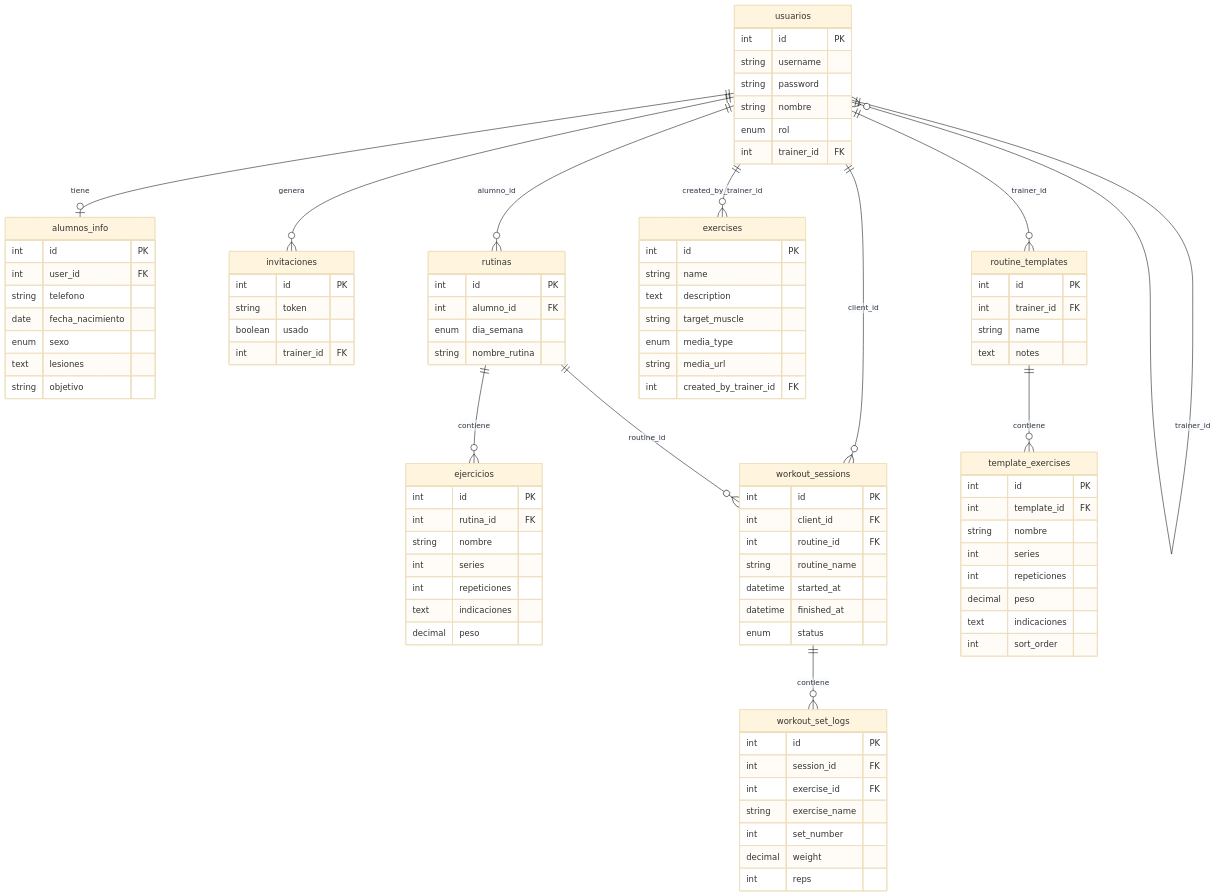
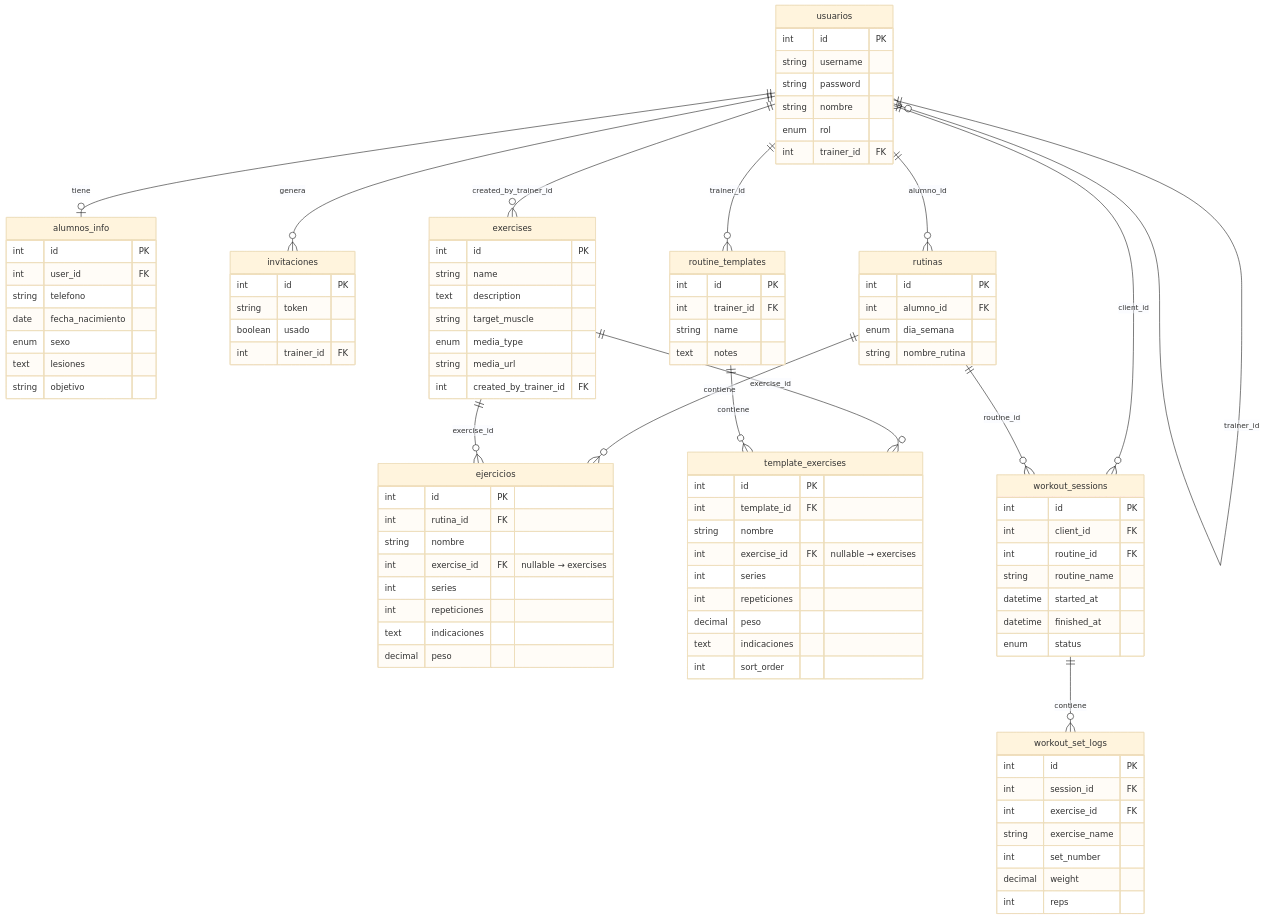
Before and after one commit to Jhon-Fuenwhv2024/appEntrenador: the diagram in appEntrenador/docs/database-schema.md, drawn with Mermaid (base theme). The commit also changed other lines of this file and 17 other files, not shown here.

```diff
--- a/appEntrenador/docs/database-schema.md
+++ b/appEntrenador/docs/database-schema.md
@@ -11,6 +11,8 @@
   usuarios ||--o{ invitaciones : "genera"
   usuarios ||--o{ rutinas : "alumno_id"
   rutinas ||--o{ ejercicios : "contiene"
+  exercises ||--o{ ejercicios : "exercise_id"
+  exercises ||--o{ template_exercises : "exercise_id"
   usuarios ||--o{ exercises : "created_by_trainer_id"
   usuarios ||--o{ workout_sessions : "client_id"
   rutinas ||--o{ workout_sessions : "routine_id"
@@ -48,6 +50,7 @@
     int id PK
     int rutina_id FK
     string nombre
+    int exercise_id FK "nullable → exercises"
     int series
     int repeticiones
     text indicaciones
@@ -102,6 +105,7 @@
     int id PK
     int template_id FK
     string nombre
+    int exercise_id FK "nullable → exercises"
     int series
     int repeticiones
     decimal peso
```
